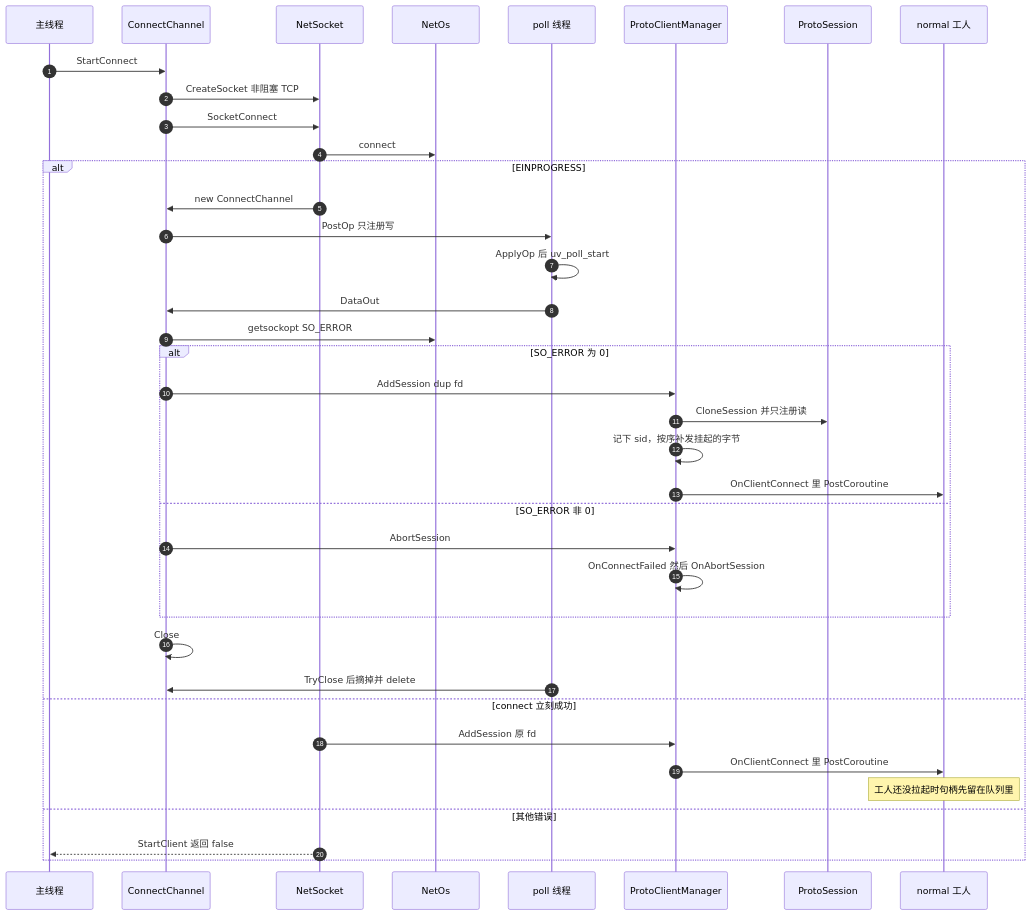
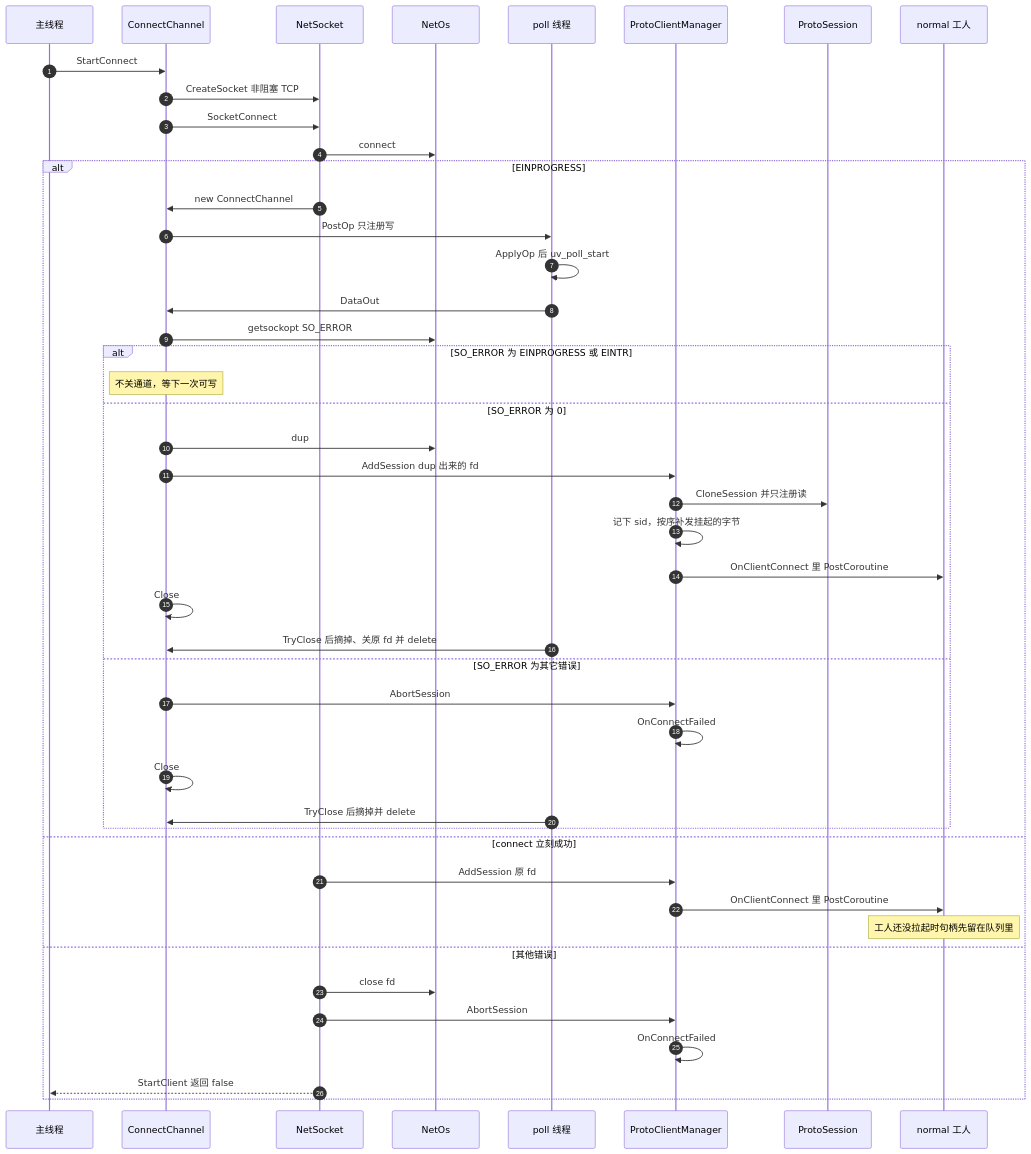
The diagram in docs/sequence-diagram/multi-thread/connect.md (orikiaru/openidea), drawn with Mermaid before and after one commit. The commit also changed other lines of this file and 77 other files, not shown here.

````diff
--- a/docs/sequence-diagram/multi-thread/connect.md
+++ b/docs/sequence-diagram/multi-thread/connect.md
@@ -12,41 +7,49 @@
 ```mermaid
 sequenceDiagram
     autonumber
     participant Main as 主线程
     participant Conn as ConnectChannel
     participant Sock as NetSocket
     participant Os as NetOs
     participant Poll as poll 线程
     participant Mgr as ProtoClientManager
     participant Sess as ProtoSession
     participant Worker as normal 工人
 
     Main->>Conn: StartConnect
     Conn->>Sock: CreateSocket 非阻塞 TCP
     Conn->>Sock: SocketConnect
     Sock->>Os: connect
     alt EINPROGRESS
         Sock->>Conn: new ConnectChannel
         Conn->>Poll: PostOp 只注册写
         Poll->>Poll: ApplyOp 后 uv_poll_start
         Poll->>Conn: DataOut
         Conn->>Os: getsockopt SO_ERROR
-        alt SO_ERROR 为 0
-            Conn->>Mgr: AddSession dup fd
+        alt SO_ERROR 为 EINPROGRESS 或 EINTR
+            Note over Conn: 不关通道，等下一次可写
+        else SO_ERROR 为 0
+            Conn->>Os: dup
+            Conn->>Mgr: AddSession dup 出来的 fd
             Mgr->>Sess: CloneSession 并只注册读
             Mgr->>Mgr: 记下 sid，按序补发挂起的字节
             Mgr->>Worker: OnClientConnect 里 PostCoroutine
-        else SO_ERROR 非 0
+            Conn->>Conn: Close
+            Poll->>Conn: TryClose 后摘掉、关原 fd 并 delete
+        else SO_ERROR 为其它错误
             Conn->>Mgr: AbortSession
-            Mgr->>Mgr: OnConnectFailed 然后 OnAbortSession
+            Mgr->>Mgr: OnConnectFailed
+            Conn->>Conn: Close
+            Poll->>Conn: TryClose 后摘掉并 delete
         end
-        Conn->>Conn: Close
-        Poll->>Conn: TryClose 后摘掉并 delete
     else connect 立刻成功
         Sock->>Mgr: AddSession 原 fd
         Mgr->>Worker: OnClientConnect 里 PostCoroutine
         Note over Worker: 工人还没拉起时句柄先留在队列里
     else 其他错误
+        Sock->>Os: close fd
+        Sock->>Mgr: AbortSession
+        Mgr->>Mgr: OnConnectFailed
         Sock-->>Main: StartClient 返回 false
     end
 ```
````
